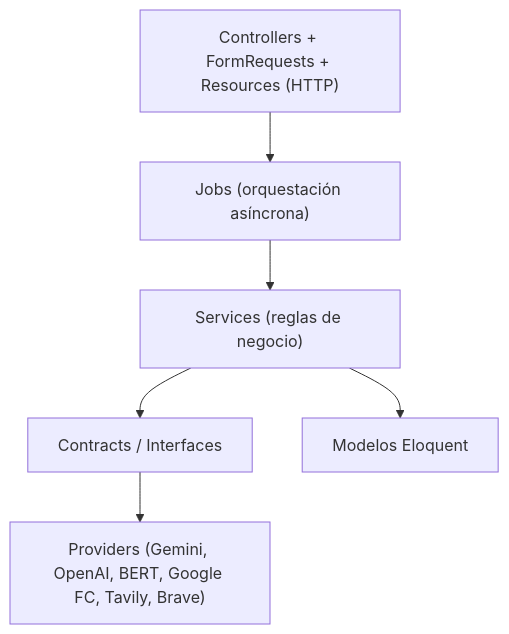
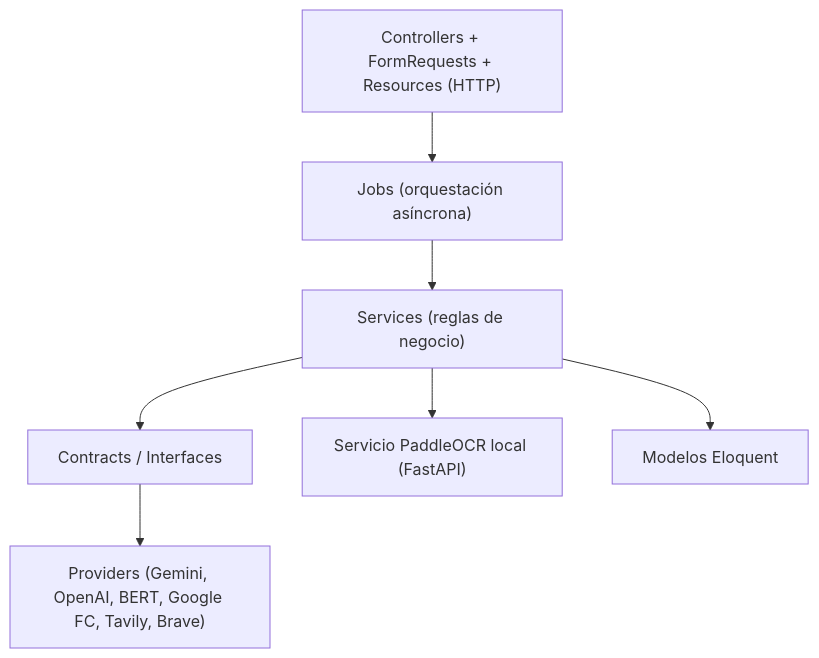
One commit to JhayDarko/backend changed the second of 4 diagrams in README.md. Above: the diagram before and after it, drawn with Mermaid. The commit also changed other lines of this file and 178 other files, not shown here.

````diff
--- a/README.md
+++ b/README.md
@@ -109,8 +113,9 @@
 ```mermaid
 flowchart TB
     C["Controllers + FormRequests + Resources (HTTP)"] --> J["Jobs (orquestación asíncrona)"]
     J --> SV["Services (reglas de negocio)"]
     SV --> CT["Contracts / Interfaces"]
     CT --> PR["Providers (Gemini, OpenAI, BERT, Google FC, Tavily, Brave)"]
+    SV --> OCR["Servicio PaddleOCR local (FastAPI)"]
     SV --> M["Modelos Eloquent"]
 ```
````
